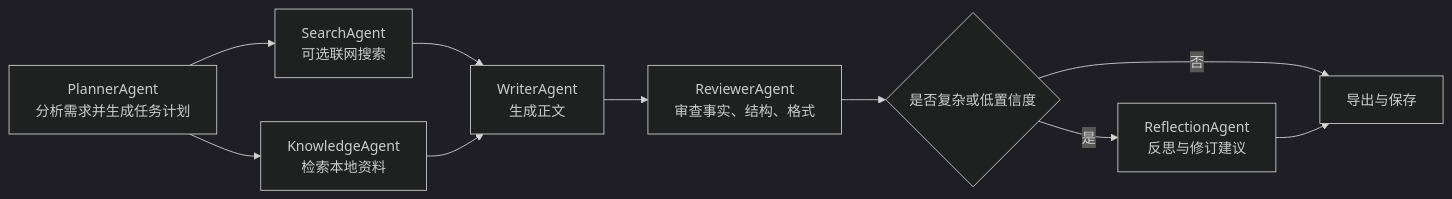
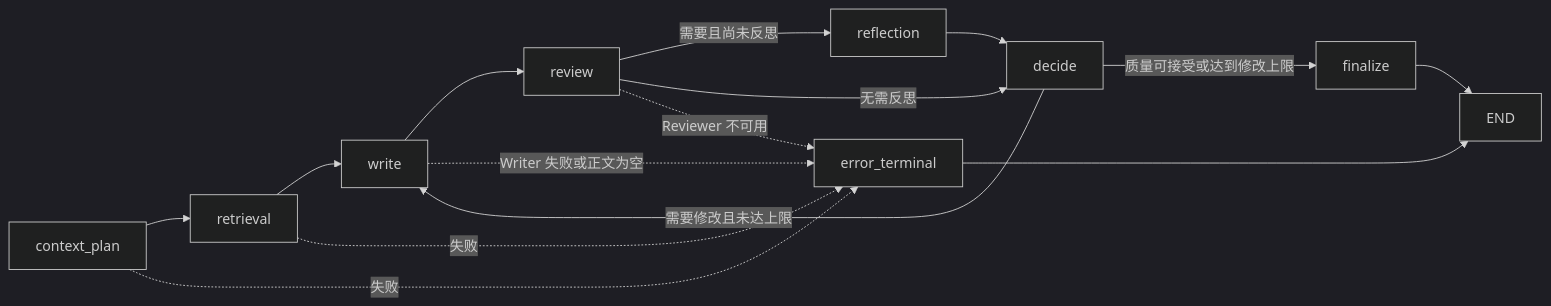
The third of 4 diagrams in README.md (zqf040224/knowflow-agent), drawn with Mermaid (dark theme) before and after one commit. The commit also changed other lines of this file and 72 other files, not shown here.

````diff
--- a/README.md
+++ b/README.md
@@ -126,12 +156,17 @@
 ```mermaid
 flowchart LR
-    A["PlannerAgent<br/>分析需求并生成任务计划"] --> B["SearchAgent<br/>可选联网搜索"]
-    A --> C["KnowledgeAgent<br/>检索本地资料"]
-    B --> D["WriterAgent<br/>生成正文"]
-    C --> D
-    D --> E["ReviewerAgent<br/>审查事实、结构、格式"]
-    E --> F{"是否复杂或低置信度"}
-    F -->|是| G["ReflectionAgent<br/>反思与修订建议"]
-    F -->|否| H["导出与保存"]
-    G --> H
+    A["context_plan"] --> B["retrieval"]
+    B --> C["write"]
+    C --> D["review"]
+    D -->|需要且尚未反思| E["reflection"]
+    D -->|无需反思| F["decide"]
+    E --> F
+    F -->|需要修改且未达上限| C
+    F -->|质量可接受或达到修改上限| G["finalize"]
+    A -.失败.-> H["error_terminal"]
+    B -.失败.-> H
+    C -.Writer 失败或正文为空.-> H
+    D -.Reviewer 不可用.-> H
+    G --> I["END"]
+    H --> I
 ```
````
